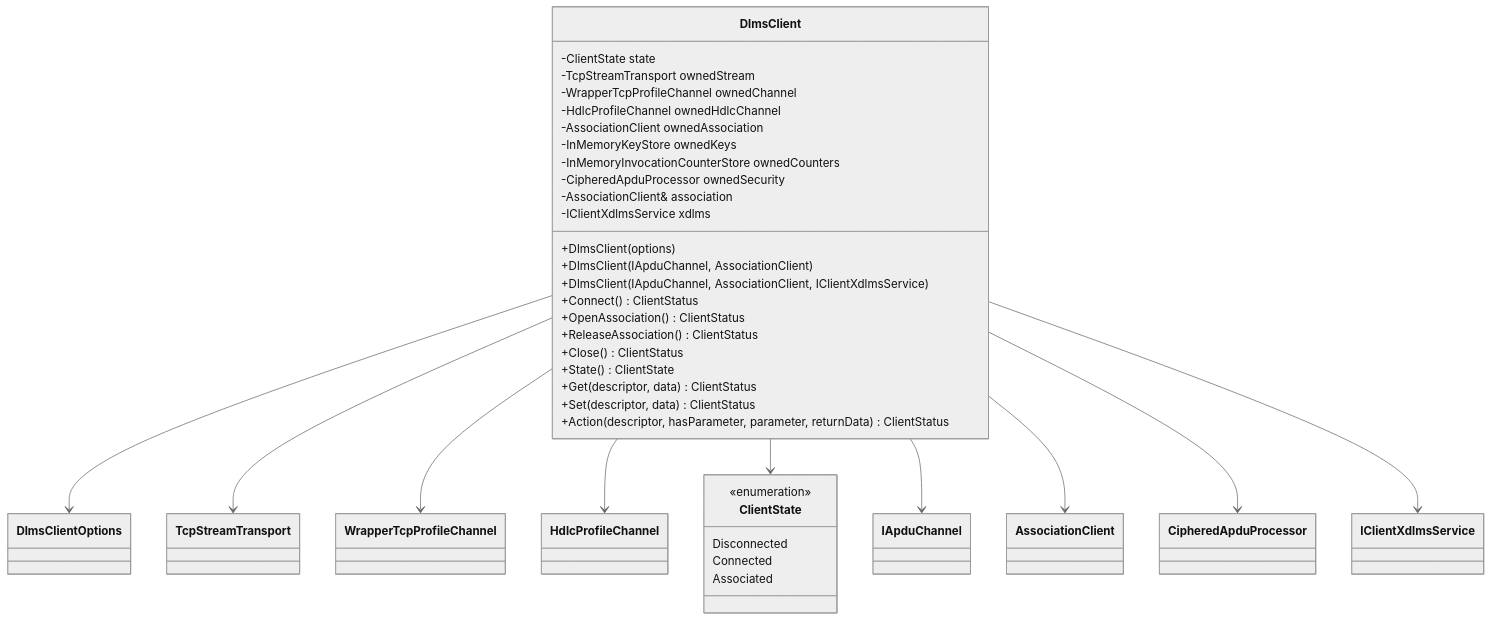
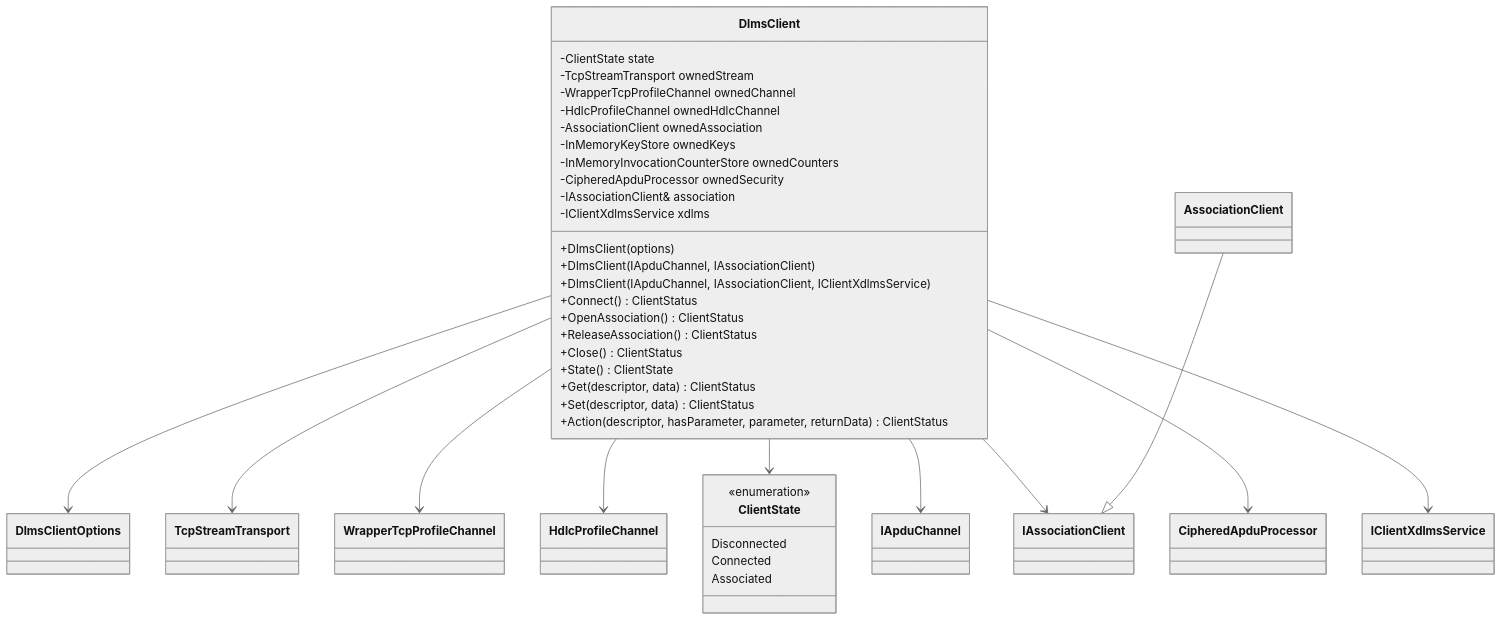
One commit to gvtret/dlms changed the third of 8 diagrams in lib/dlms-client/docs/02_client_architecture.md. Above: the diagram before and after it, drawn with Mermaid (neutral theme). The commit also changed other lines of this file and 1 other file, not shown here.

Commit message:
docs: sync association interface architecture
Update client and system architecture diagrams to show association dependencies
through the new abstract client/server interfaces.

````diff
--- a/lib/dlms-client/docs/02_client_architecture.md
+++ b/lib/dlms-client/docs/02_client_architecture.md
@@ -69,52 +71,54 @@
 ```mermaid
 classDiagram
   class DlmsClient {
     -ClientState state
     -TcpStreamTransport ownedStream
     -WrapperTcpProfileChannel ownedChannel
     -HdlcProfileChannel ownedHdlcChannel
     -AssociationClient ownedAssociation
     -InMemoryKeyStore ownedKeys
     -InMemoryInvocationCounterStore ownedCounters
     -CipheredApduProcessor ownedSecurity
-    -AssociationClient& association
+    -IAssociationClient& association
     -IClientXdlmsService xdlms
     +DlmsClient(options)
-    +DlmsClient(IApduChannel, AssociationClient)
-    +DlmsClient(IApduChannel, AssociationClient, IClientXdlmsService)
+    +DlmsClient(IApduChannel, IAssociationClient)
+    +DlmsClient(IApduChannel, IAssociationClient, IClientXdlmsService)
     +Connect() ClientStatus
     +OpenAssociation() ClientStatus
     +ReleaseAssociation() ClientStatus
     +Close() ClientStatus
     +State() ClientState
     +Get(descriptor, data) ClientStatus
     +Set(descriptor, data) ClientStatus
     +Action(descriptor, hasParameter, parameter, returnData) ClientStatus
   }
 
   class ClientState {
     <<enumeration>>
     Disconnected
     Connected
     Associated
   }
 
   class DlmsClientOptions
   class TcpStreamTransport
   class WrapperTcpProfileChannel
   class HdlcProfileChannel
   class IApduChannel
+  class IAssociationClient
   class AssociationClient
   class CipheredApduProcessor
   class IClientXdlmsService
 
   DlmsClient --> DlmsClientOptions
   DlmsClient --> TcpStreamTransport
   DlmsClient --> WrapperTcpProfileChannel
   DlmsClient --> HdlcProfileChannel
   DlmsClient --> ClientState
   DlmsClient --> IApduChannel
-  DlmsClient --> AssociationClient
+  DlmsClient --> IAssociationClient
+  AssociationClient --|> IAssociationClient
   DlmsClient --> CipheredApduProcessor
   DlmsClient --> IClientXdlmsService
 ```
````
